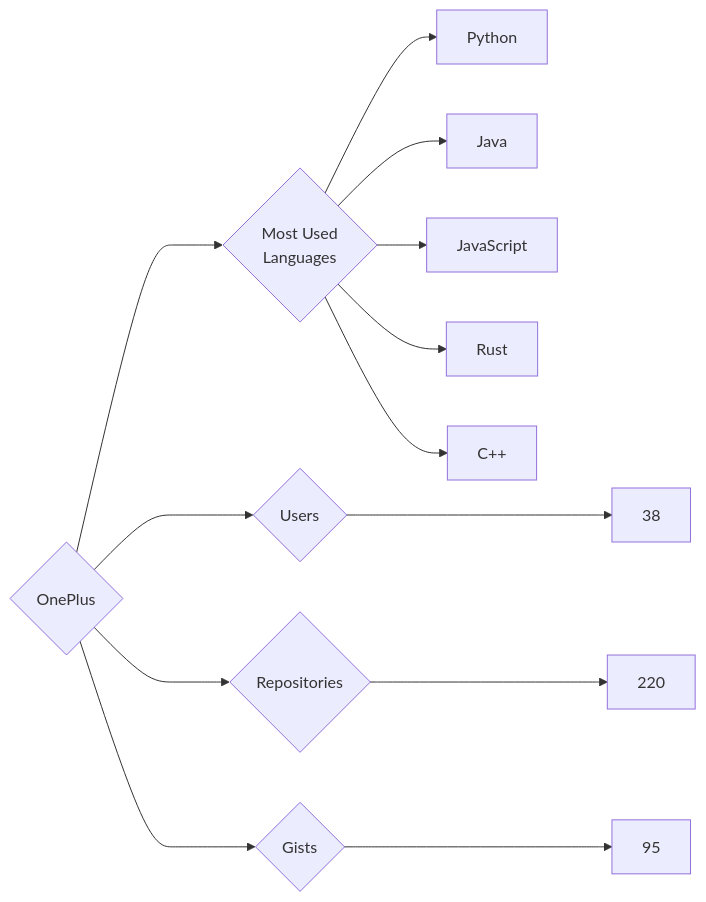
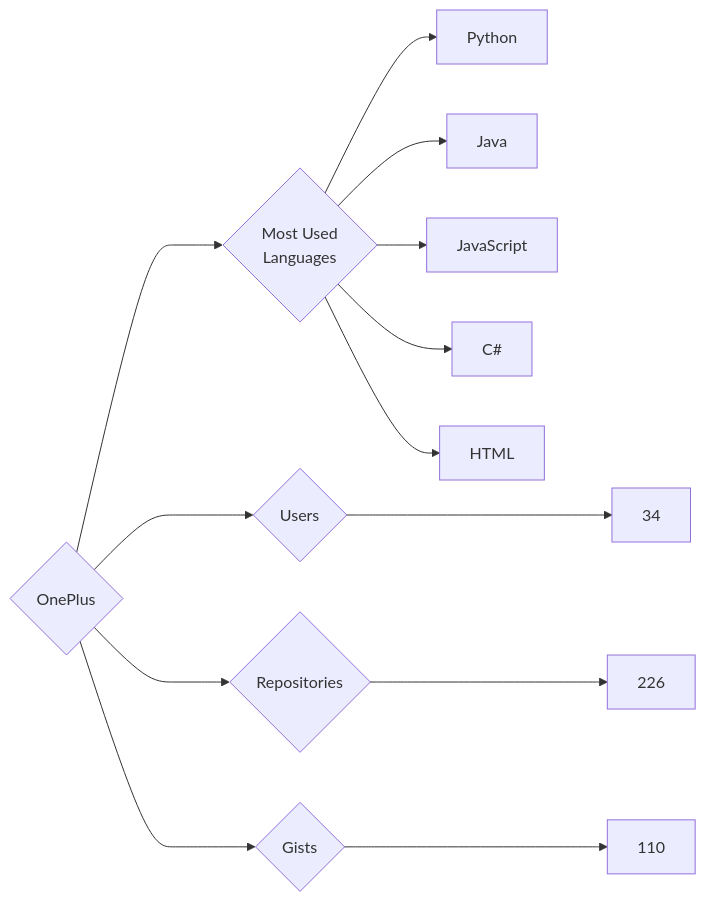
Before and after one commit to trickest/insiders: the diagram in targets/OnePlus/README.md, drawn with Mermaid. The commit also changed 886 other files, not shown here.

````diff
--- a/targets/OnePlus/README.md
+++ b/targets/OnePlus/README.md
@@ -3,13 +3,13 @@
 ```mermaid
 graph LR
 COMPANY_NAME{OnePlus}
-COMPANY_NAME ---> U{Users} ---> UN[38]
-COMPANY_NAME ---> R{Repositories} ---> RN[220]
-COMPANY_NAME ---> G{Gists} ---> GN[95]
+COMPANY_NAME ---> U{Users} ---> UN[34]
+COMPANY_NAME ---> R{Repositories} ---> RN[226]
+COMPANY_NAME ---> G{Gists} ---> GN[110]
 COMPANY_NAME ---> ML{Most Used<br>Languages}
 ML --> Python[Python]
 ML --> Java[Java]
 ML --> JavaScript[JavaScript]
-ML --> Rust[Rust]
-ML --> C++[C++]
+ML --> C#[C#]
+ML --> HTML[HTML]
 ```
````
